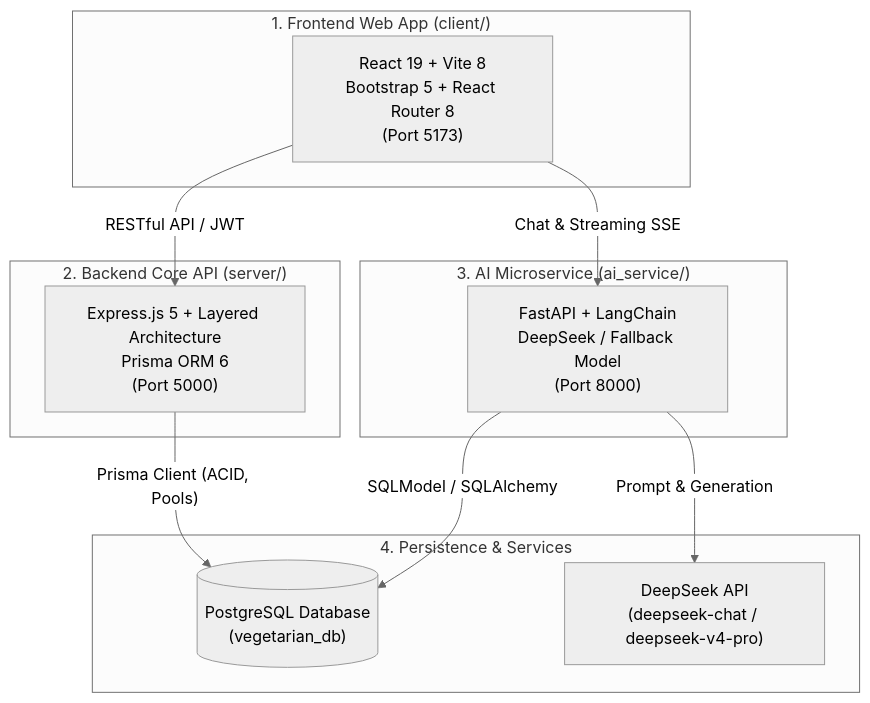
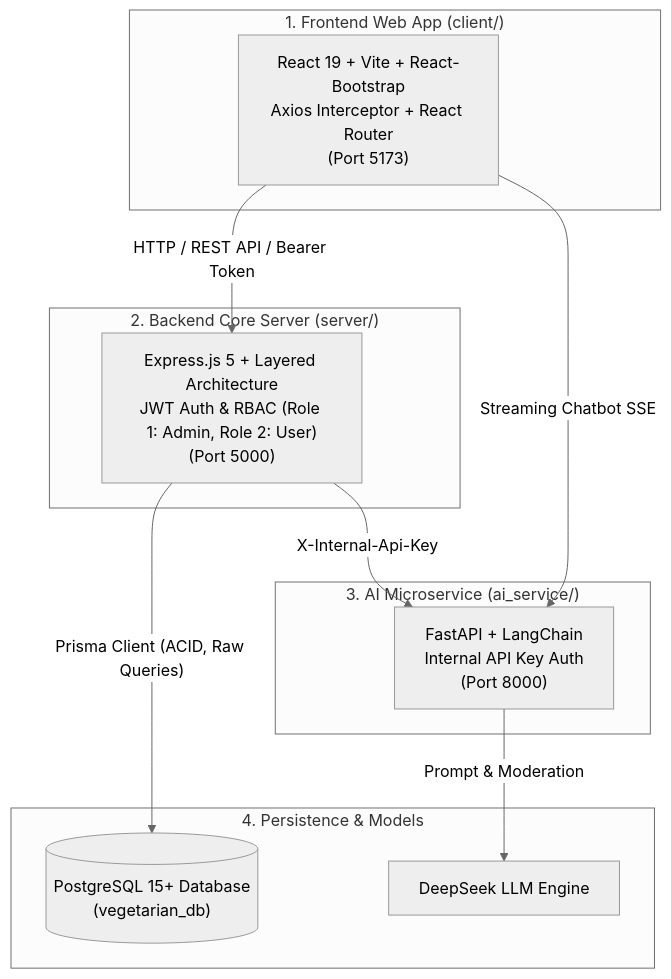
Before and after one commit to minHow14/SWP391: the diagram in README.md, drawn with Mermaid (neutral theme). The commit also changed other lines of this file and 35 other files, not shown here.

````diff
--- a/README.md
+++ b/README.md
@@ -24,25 +55,25 @@
 ```mermaid
 flowchart TD
     subgraph ClientLayer ["1. Frontend Web App (client/)"]
-        Client["React 19 + Vite 8<br/>Bootstrap 5 + React Router 8<br/>(Port 5173)"]
+        Client["React 19 + Vite + React-Bootstrap<br/>Axios Interceptor + React Router<br/>(Port 5173)"]
     end
 
-    subgraph BackendLayer ["2. Backend Core API (server/)"]
-        Server["Express.js 5 + Layered Architecture<br/>Prisma ORM 6<br/>(Port 5000)"]
+    subgraph BackendLayer ["2. Backend Core Server (server/)"]
+        Server["Express.js 5 + Layered Architecture<br/>JWT Auth & RBAC (Role 1: Admin, Role 2: User)<br/>(Port 5000)"]
     end
 
     subgraph AILayer ["3. AI Microservice (ai_service/)"]
-        AIService["FastAPI + LangChain<br/>DeepSeek / Fallback Model<br/>(Port 8000)"]
+        AIService["FastAPI + LangChain<br/>Internal API Key Auth<br/>(Port 8000)"]
     end
 
-    subgraph DataLayer ["4. Persistence & Services"]
-        DB[("PostgreSQL Database<br/>(vegetarian_db)")]
-        DeepSeek["DeepSeek API<br/>(deepseek-chat / deepseek-v4-pro)"]
+    subgraph DataLayer ["4. Persistence & Models"]
+        DB[("PostgreSQL 15+ Database<br/>(vegetarian_db)")]
+        DeepSeek["DeepSeek LLM Engine"]
     end
 
-    Client -- "RESTful API / JWT" --> Server
-    Client -- "Chat & Streaming SSE" --> AIService
-    Server -- "Prisma Client (ACID, Pools)" --> DB
-    AIService -- "SQLModel / SQLAlchemy" --> DB
-    AIService -- "Prompt & Generation" --> DeepSeek
+    Client -- "HTTP / REST API / Bearer Token" --> Server
+    Client -- "Streaming Chatbot SSE" --> AIService
+    Server -- "Prisma Client (ACID, Raw Queries)" --> DB
+    Server -- "X-Internal-Api-Key" --> AIService
+    AIService -- "Prompt & Moderation" --> DeepSeek
 ```
````
